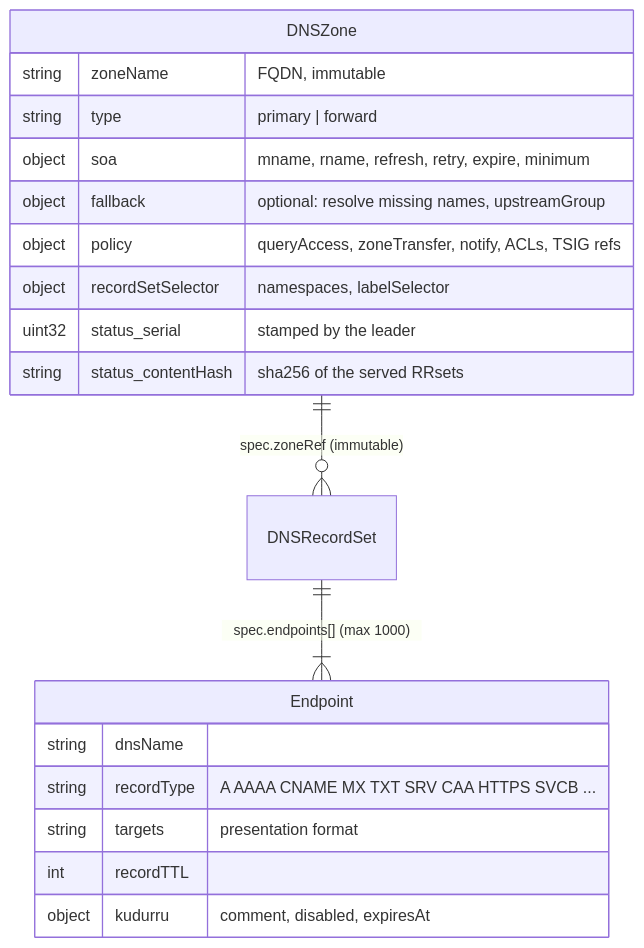
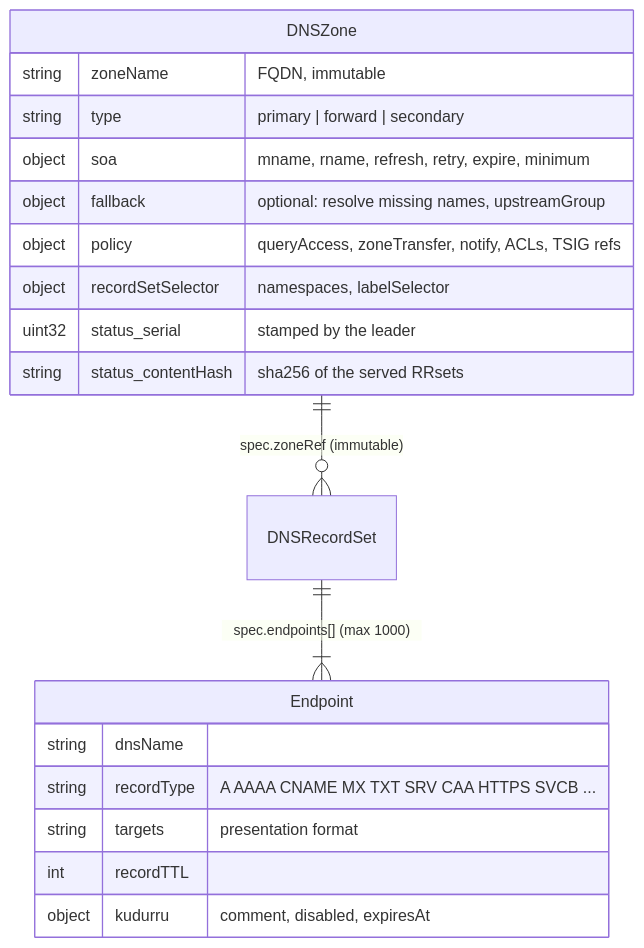
The first of 4 diagrams in docs/architecture/zones.md (robertherbaugh/kudurru), drawn with Mermaid before and after one commit. The commit also changed other lines of this file and 5 other files, not shown here.

````diff
--- a/docs/architecture/zones.md
+++ b/docs/architecture/zones.md
@@ -15,22 +16,22 @@
 ```mermaid
 erDiagram
     DNSZone ||--o{ DNSRecordSet : "spec.zoneRef (immutable)"
     DNSRecordSet ||--|{ Endpoint : "spec.endpoints[] (max 1000)"
     DNSZone {
         string zoneName "FQDN, immutable"
-        string type "primary | forward"
+        string type "primary | forward | secondary"
         object soa "mname, rname, refresh, retry, expire, minimum"
         object fallback "optional: resolve missing names, upstreamGroup"
         object policy "queryAccess, zoneTransfer, notify, ACLs, TSIG refs"
         object recordSetSelector "namespaces, labelSelector"
         uint32 status_serial "stamped by the leader"
         string status_contentHash "sha256 of the served RRsets"
     }
     Endpoint {
         string dnsName
         string recordType "A AAAA CNAME MX TXT SRV CAA HTTPS SVCB ..."
         string targets "presentation format"
         int recordTTL
         object kudurru "comment, disabled, expiresAt"
     }
 ```
````
